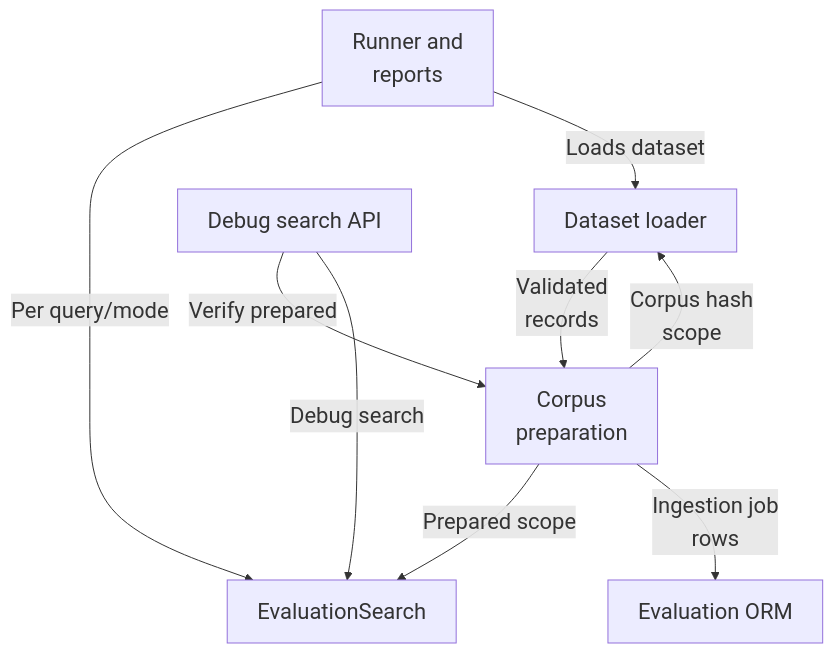
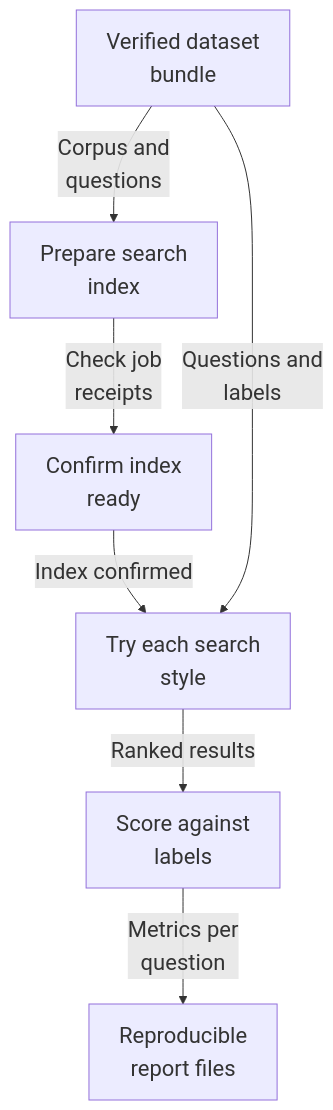
The second of 6 diagrams in README.md (Justin-Mendoza/Afterclass), drawn with Mermaid before and after one commit. The commit also changed other lines of this file and 91 other files, not shown here.

````diff
--- a/README.md
+++ b/README.md
@@ -31,18 +39,16 @@
 ```mermaid
 %%{init: {"themeVariables": {"fontSize": "22px"}}}%%
 flowchart TD
-  n0["Dataset loader"]
-  n1["Corpus<br/>preparation"]
-  n2["EvaluationSearch"]
-  n3["Runner and<br/>reports"]
-  n4["Debug search API"]
-  n5["Evaluation ORM"]
-  n0 -->|"Validated<br/>records"| n1
-  n1 -->|"Prepared scope"| n2
-  n3 -->|"Per query/mode"| n2
-  n3 -->|"Loads dataset"| n0
-  n4 -->|"Verify prepared"| n1
-  n4 -->|"Debug search"| n2
-  n1 -->|"Ingestion job<br/>rows"| n5
-  n1 -->|"Corpus hash<br/>scope"| n0
+  n0["Verified dataset<br/>bundle"]
+  n1["Prepare search<br/>index"]
+  n2["Confirm index<br/>ready"]
+  n3["Try each search<br/>style"]
+  n4["Score against<br/>labels"]
+  n5["Reproducible<br/>report files"]
+  n0 -->|"Corpus and<br/>questions"| n1
+  n1 -->|"Check job<br/>receipts"| n2
+  n2 -->|"Index confirmed"| n3
+  n3 -->|"Ranked results"| n4
+  n4 -->|"Metrics per<br/>question"| n5
+  n0 -->|"Questions and<br/>labels"| n3
 ```
````
